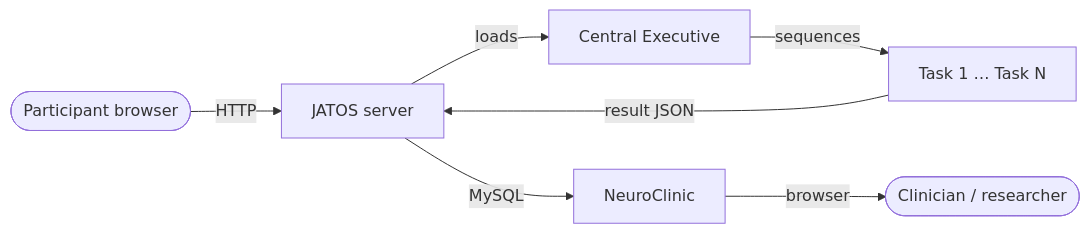
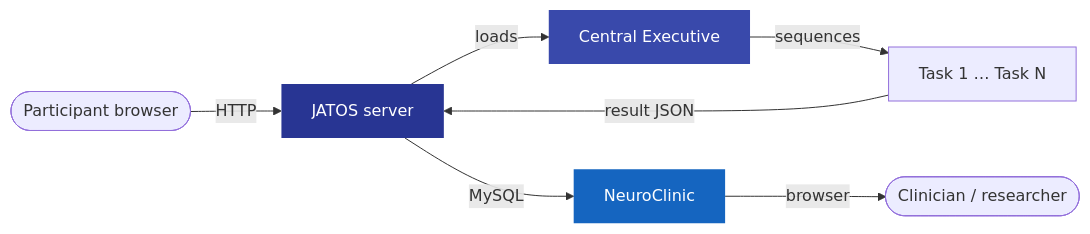
The diagram in docs/index.md (NCMlab/NCMLabOnlineTools), drawn with Mermaid before and after one commit. The commit also changed other lines of this file and 67 other files, not shown here.

````diff
--- a/docs/index.md
+++ b/docs/index.md
@@ -19,9 +76,13 @@
 ```mermaid
 flowchart LR
     A([Participant browser]) -->|HTTP| B[JATOS server]
     B -->|loads| C[Central Executive]
     C -->|sequences| D[Task 1 … Task N]
     D -->|result JSON| B
     B -->|MySQL| E[NeuroClinic]
     E -->|browser| F([Clinician / researcher])
+
+    style B fill:#283593,color:#fff,stroke:none
+    style C fill:#3949ab,color:#fff,stroke:none
+    style E fill:#1565c0,color:#fff,stroke:none
 ```
````
